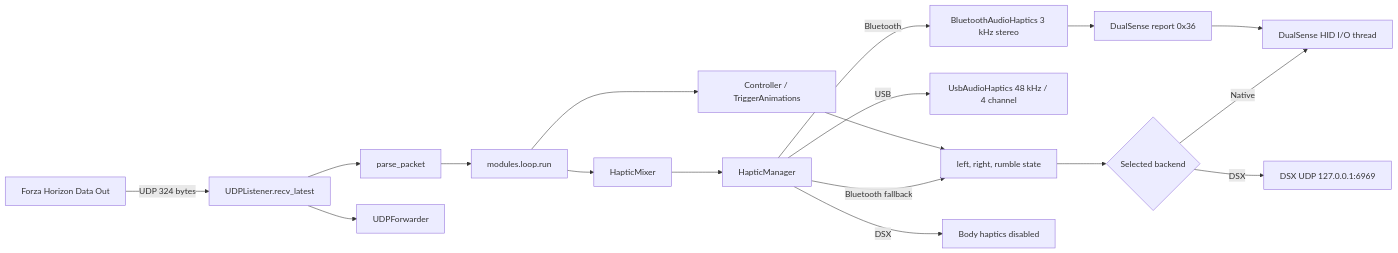
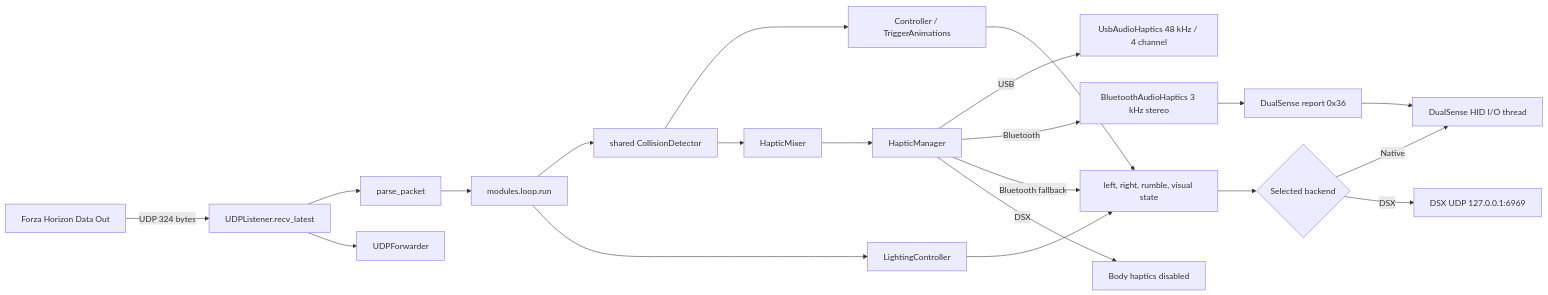
Before and after one commit to piereacy/FH-DualSense-Enhanced: the diagram in docs/ARCHITECTURE.md, drawn with Mermaid. The commit also changed other lines of this file and 33 other files, not shown here.

````diff
--- a/docs/ARCHITECTURE.md
+++ b/docs/ARCHITECTURE.md
@@ -16,20 +18,23 @@
 ```mermaid
 flowchart LR
     FH["Forza Horizon Data Out"] -->|"UDP 324 bytes"| UDP["UDPListener.recv_latest"]
     UDP --> PARSE["parse_packet"]
     UDP --> FWD["UDPForwarder"]
     PARSE --> LOOP["modules.loop.run"]
-    LOOP --> TRIG["Controller / TriggerAnimations"]
-    LOOP --> MIX["HapticMixer"]
-    TRIG --> STATE["left, right, rumble state"]
+    LOOP --> COLLISION["shared CollisionDetector"]
+    COLLISION --> TRIG["Controller / TriggerAnimations"]
+    COLLISION --> MIX["HapticMixer"]
+    LOOP --> LIGHT["LightingController"]
+    TRIG --> STATE["left, right, rumble, visual state"]
+    LIGHT --> STATE
     MIX --> ROUTE["HapticManager"]
     ROUTE -->|"USB"| AUDIO["UsbAudioHaptics 48 kHz / 4 channel"]
     ROUTE -->|"Bluetooth"| BTAUDIO["BluetoothAudioHaptics 3 kHz stereo"]
     BTAUDIO --> BT36["DualSense report 0x36"]
     BT36 --> HID
     ROUTE -->|"Bluetooth fallback"| STATE
     ROUTE -->|"DSX"| NONE["Body haptics disabled"]
     STATE --> BACKEND{"Selected backend"}
     BACKEND -->|"Native"| HID["DualSense HID I/O thread"]
     BACKEND -->|"DSX"| DSX["DSX UDP 127.0.0.1:6969"]
 ```
````
